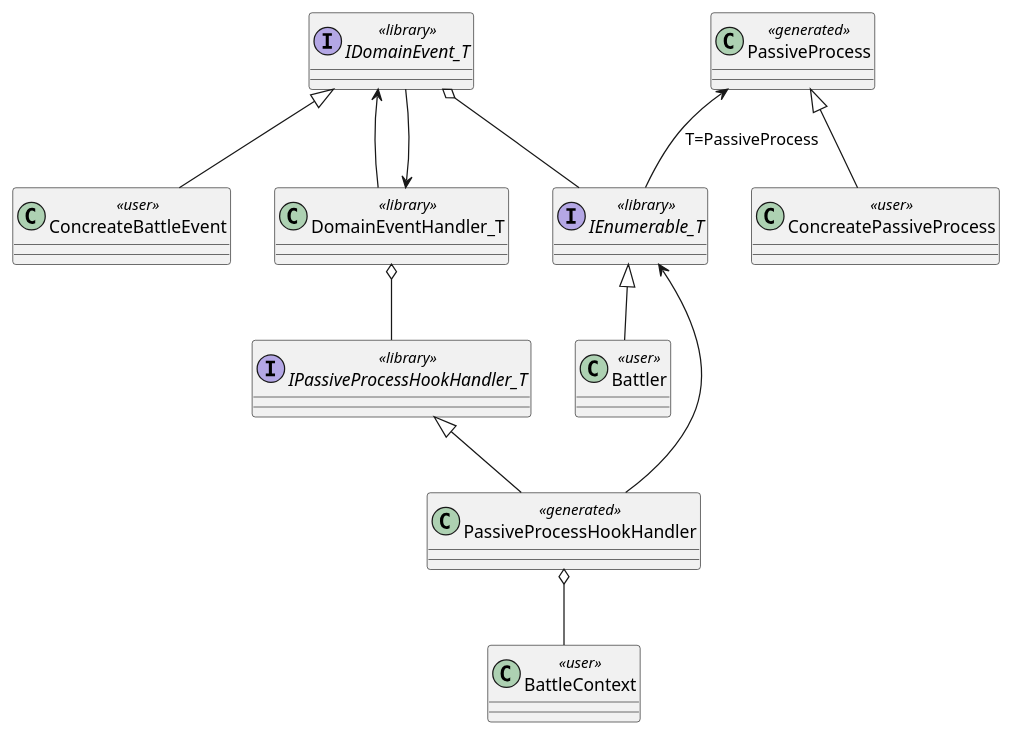
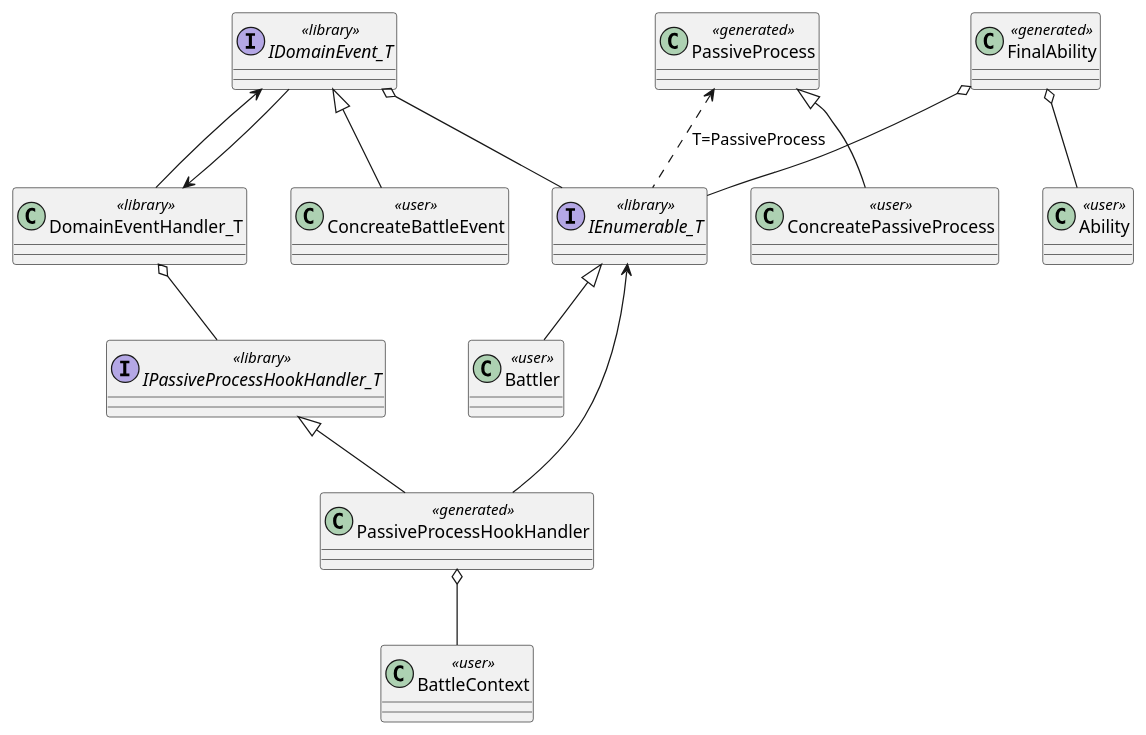
One commit to NumAniCloud/RpgGenerator changed the second of 2 diagrams in TechDocument/Passive.wsd. Above: the diagram before and after it, drawn with PlantUML. The commit also changed 15 other files, not shown here.

```diff
--- a/TechDocument/Passive.wsd
+++ b/TechDocument/Passive.wsd
@@ -25,27 +25,32 @@
 @startuml Semantics2
 
 interface IDomainEvent_T <<library>>
 interface IEnumerable_T <<library>>
 interface IPassiveProcessHookHandler_T <<library>>
 class DomainEventHandler_T <<library>>
 class BattleContext <<user>>
 class PassiveProcessHookHandler <<generated>>
 class PassiveProcess <<generated>>
 class ConcreatePassiveProcess <<user>>
 class Battler <<user>>
 class ConcreateBattleEvent <<user>>
+class Ability <<user>>
+class FinalAbility <<generated>>
 
 IDomainEvent_T o-- IEnumerable_T
 DomainEventHandler_T <-- IDomainEvent_T
 DomainEventHandler_T o-- IPassiveProcessHookHandler_T
 IDomainEvent_T <-- DomainEventHandler_T
 PassiveProcessHookHandler o-- BattleContext
 IEnumerable_T <-- PassiveProcessHookHandler
-PassiveProcess <-- IEnumerable_T : T=PassiveProcess
+PassiveProcess <.. IEnumerable_T : T=PassiveProcess
 
 PassiveProcess <|-- ConcreatePassiveProcess
 IEnumerable_T <|-- Battler
 IDomainEvent_T <|-- ConcreateBattleEvent
 IPassiveProcessHookHandler_T <|-- PassiveProcessHookHandler
 
+FinalAbility o-- IEnumerable_T
+FinalAbility o-- Ability
+
 @enduml
```
